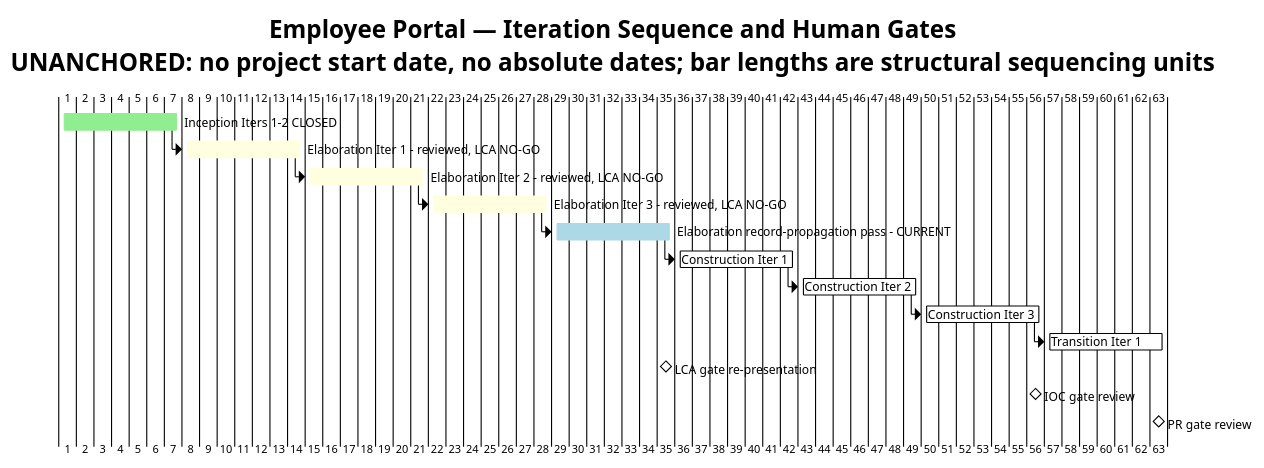
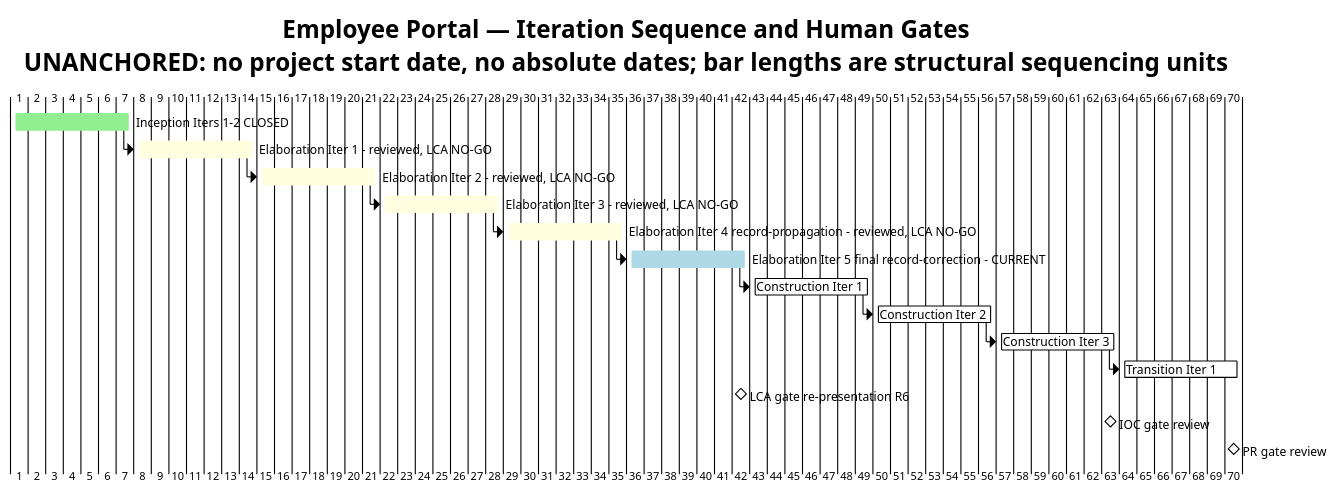
The first of 2 diagrams in docs/artifacts/project-management/iteration-plan.md (banense-test/employee-portal), drawn with PlantUML before and after one commit. The commit also changed other lines of this file, not shown here.

````diff
--- a/docs/artifacts/project-management/iteration-plan.md
+++ b/docs/artifacts/project-management/iteration-plan.md
@@ -45,41 +46,45 @@
 ```plantuml
 @startgantt
 !theme plain
 title Employee Portal — Iteration Sequence and Human Gates\nUNANCHORED: no project start date, no absolute dates; bar lengths are structural sequencing units
 
 [Inception Iters 1-2 CLOSED] lasts 7 days
 [Inception Iters 1-2 CLOSED] is colored in lightgreen
 
 [Elaboration Iter 1 - reviewed, LCA NO-GO] lasts 7 days
 [Elaboration Iter 1 - reviewed, LCA NO-GO] starts at [Inception Iters 1-2 CLOSED]'s end
 [Elaboration Iter 1 - reviewed, LCA NO-GO] is colored in lightyellow
 
 [Elaboration Iter 2 - reviewed, LCA NO-GO] lasts 7 days
 [Elaboration Iter 2 - reviewed, LCA NO-GO] starts at [Elaboration Iter 1 - reviewed, LCA NO-GO]'s end
 [Elaboration Iter 2 - reviewed, LCA NO-GO] is colored in lightyellow
 
 [Elaboration Iter 3 - reviewed, LCA NO-GO] lasts 7 days
 [Elaboration Iter 3 - reviewed, LCA NO-GO] starts at [Elaboration Iter 2 - reviewed, LCA NO-GO]'s end
 [Elaboration Iter 3 - reviewed, LCA NO-GO] is colored in lightyellow
 
-[Elaboration record-propagation pass - CURRENT] lasts 7 days
-[Elaboration record-propagation pass - CURRENT] starts at [Elaboration Iter 3 - reviewed, LCA NO-GO]'s end
-[Elaboration record-propagation pass - CURRENT] is colored in lightblue
+[Elaboration Iter 4 record-propagation - reviewed, LCA NO-GO] lasts 7 days
+[Elaboration Iter 4 record-propagation - reviewed, LCA NO-GO] starts at [Elaboration Iter 3 - reviewed, LCA NO-GO]'s end
+[Elaboration Iter 4 record-propagation - reviewed, LCA NO-GO] is colored in lightyellow
+
+[Elaboration Iter 5 final record-correction - CURRENT] lasts 7 days
+[Elaboration Iter 5 final record-correction - CURRENT] starts at [Elaboration Iter 4 record-propagation - reviewed, LCA NO-GO]'s end
+[Elaboration Iter 5 final record-correction - CURRENT] is colored in lightblue
 
 [Construction Iter 1] lasts 7 days
-[Construction Iter 1] starts at [Elaboration record-propagation pass - CURRENT]'s end
+[Construction Iter 1] starts at [Elaboration Iter 5 final record-correction - CURRENT]'s end
 
 [Construction Iter 2] lasts 7 days
 [Construction Iter 2] starts at [Construction Iter 1]'s end
 
 [Construction Iter 3] lasts 7 days
 [Construction Iter 3] starts at [Construction Iter 2]'s end
 
 [Transition Iter 1] lasts 7 days
 [Transition Iter 1] starts at [Construction Iter 3]'s end
 
-[LCA gate re-presentation] happens at [Elaboration record-propagation pass - CURRENT]'s end
+[LCA gate re-presentation R6] happens at [Elaboration Iter 5 final record-correction - CURRENT]'s end
 [IOC gate review] happens at [Construction Iter 3]'s end
 [PR gate review] happens at [Transition Iter 1]'s end
 @endgantt
 ```
````
